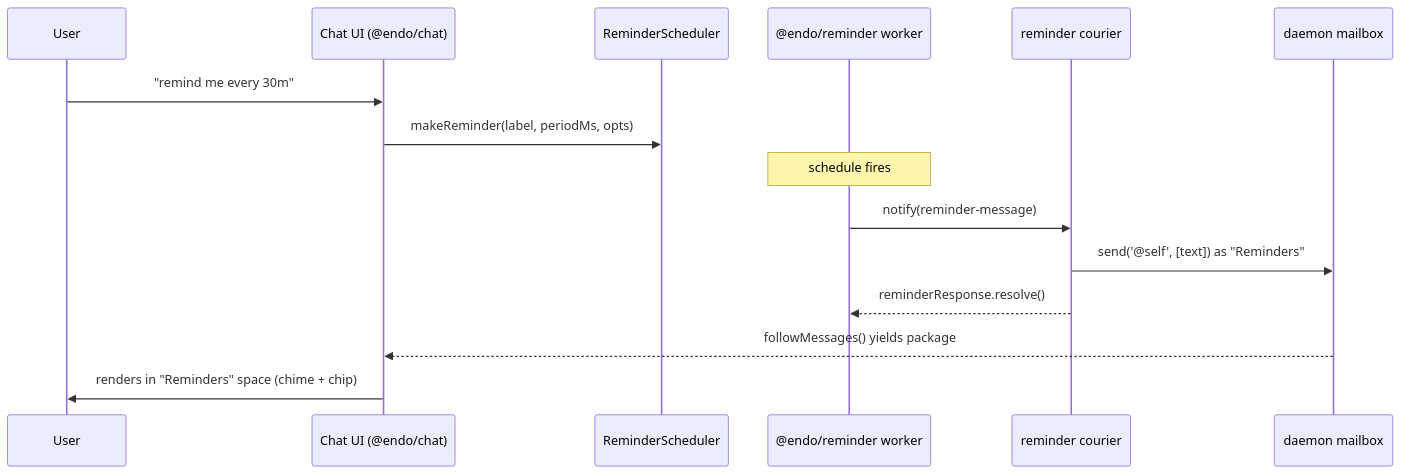
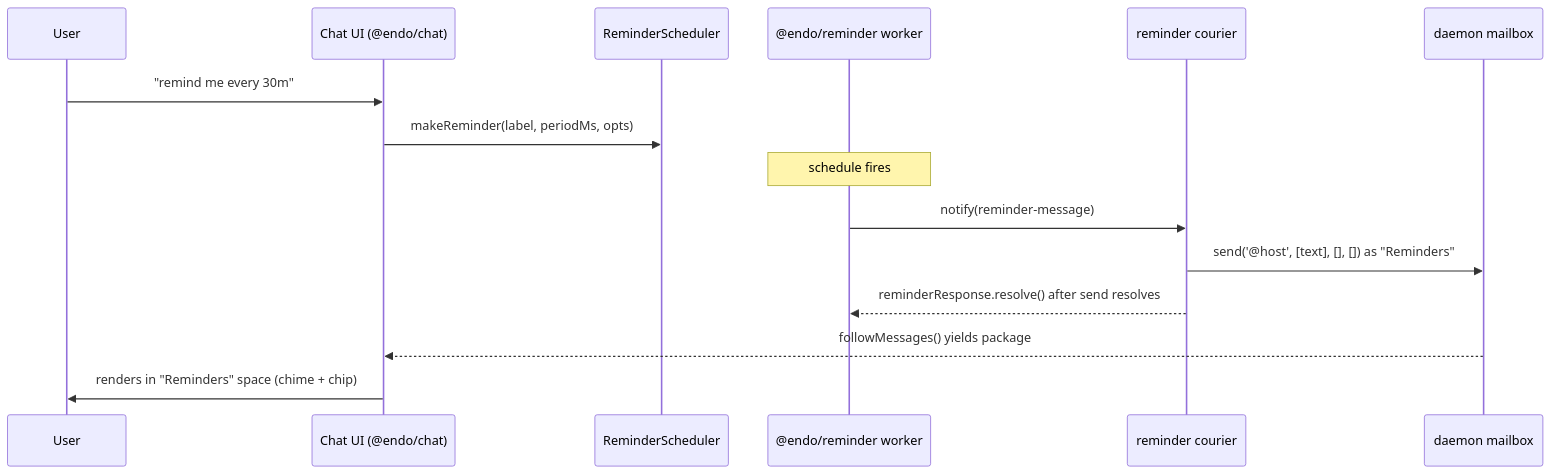
Before and after one commit to endojs/endo-but-for-bots: the first of 2 diagrams in designs/reminder-integration-chat.md, drawn with Mermaid. The commit also changed other lines of this file, not shown here.

First line of the commit message:
design(reminder-chat): apply panel-1 must-fix items

````diff
--- a/designs/reminder-integration-chat.md
+++ b/designs/reminder-integration-chat.md
@@ -74,17 +80,17 @@
 ```mermaid
 sequenceDiagram
     participant User
     participant UI as Chat UI (@endo/chat)
-    participant Sched as ReminderScheduler
+    participant Scheduler as ReminderScheduler
     participant Plugin as @endo/reminder worker
     participant Courier as reminder courier
     participant Mailbox as daemon mailbox
     User->>UI: "remind me every 30m"
-    UI->>Sched: makeReminder(label, periodMs, opts)
+    UI->>Scheduler: makeReminder(label, periodMs, opts)
     Note over Plugin: schedule fires
     Plugin->>Courier: notify(reminder-message)
-    Courier->>Mailbox: send('@self', [text]) as "Reminders"
-    Courier-->>Plugin: reminderResponse.resolve()
+    Courier->>Mailbox: send('@host', [text], [], []) as "Reminders"
+    Courier-->>Plugin: reminderResponse.resolve() after send resolves
     Mailbox-->>UI: followMessages() yields package
     UI->>User: renders in "Reminders" space (chime + chip)
 ```
````
